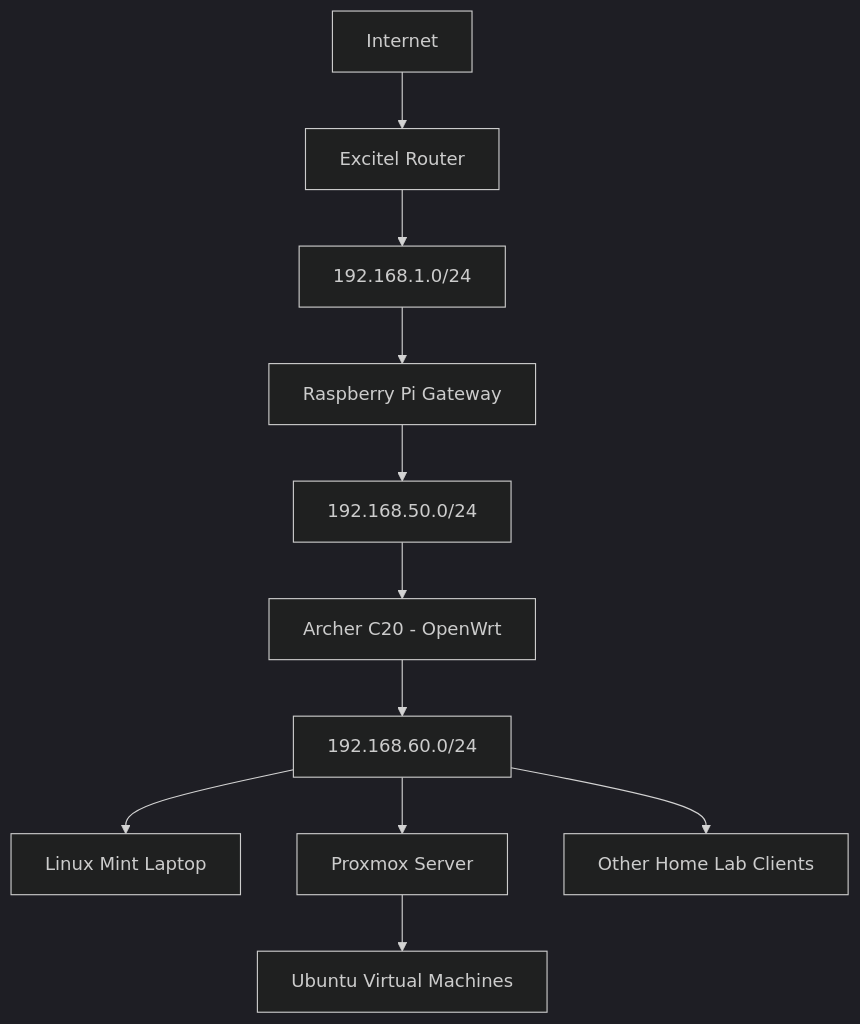
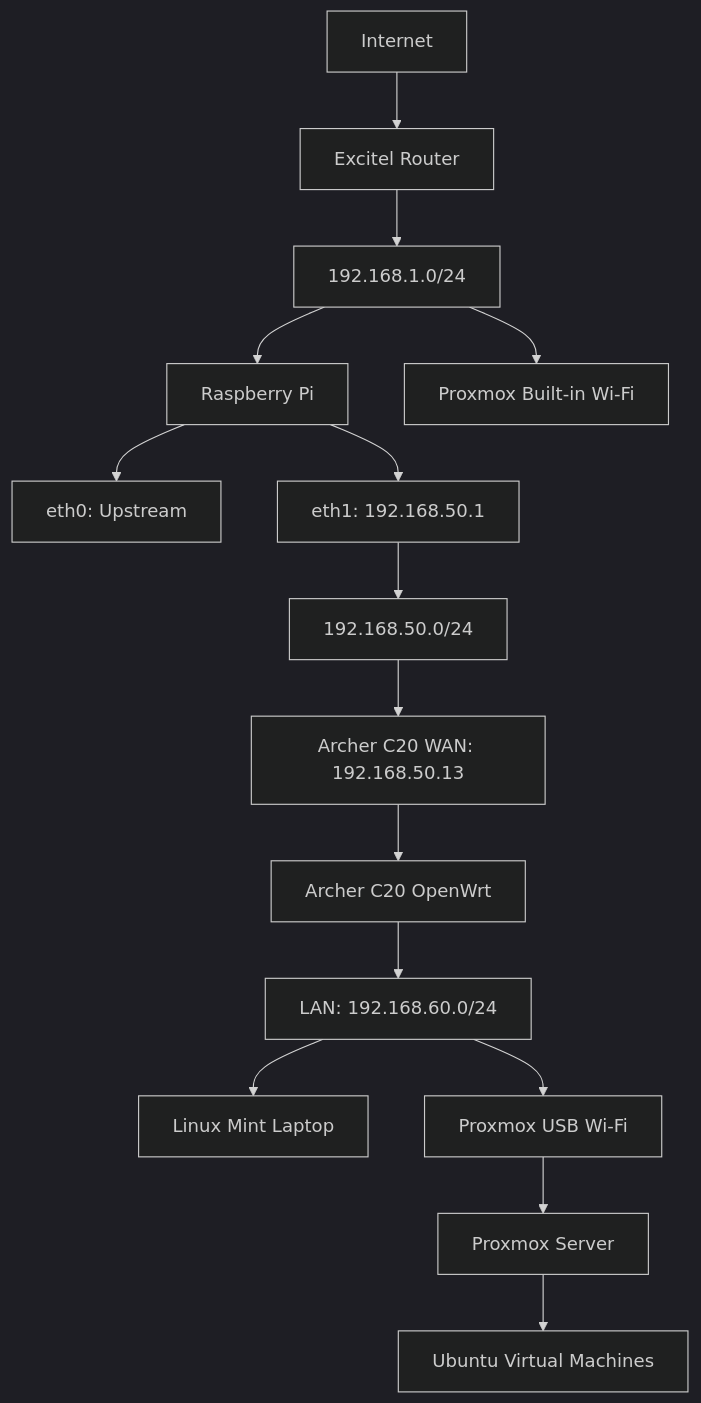
The diagram in README.md (mohitrawat2805/Home-Lab-network), drawn with Mermaid (dark theme) before and after one commit. The commit also changed other lines of this file, not shown here.

````diff
--- a/README.md
+++ b/README.md
@@ -69,15 +90,22 @@
 ```mermaid
 flowchart TD
     A[Internet] --> B[Excitel Router]
     B --> C[192.168.1.0/24]
-    C --> D[Raspberry Pi Gateway]
-    D --> E[192.168.50.0/24]
-    E --> F[Archer C20 - OpenWrt]
-    F --> G[192.168.60.0/24]
+    
+    C --> D[Raspberry Pi]
+    D --> E[eth0: Upstream]
+    D --> F[eth1: 192.168.50.1]
+    
+    F --> G[192.168.50.0/24]
+    G --> H[Archer C20 WAN: 192.168.50.13]
+    
+    H --> I[Archer C20 OpenWrt]
+    I --> J[LAN: 192.168.60.0/24]
+    
+    J --> K[Linux Mint Laptop]
+    J --> L[Proxmox USB Wi-Fi]
+    L --> M[Proxmox Server]
+    M --> N[Ubuntu Virtual Machines]
 
-    G --> H[Linux Mint Laptop]
-    G --> I[Proxmox Server]
-    G --> J[Other Home Lab Clients]
-
-    I --> K[Ubuntu Virtual Machines]
+    C --> O[Proxmox Built-in Wi-Fi]
 ```
````
